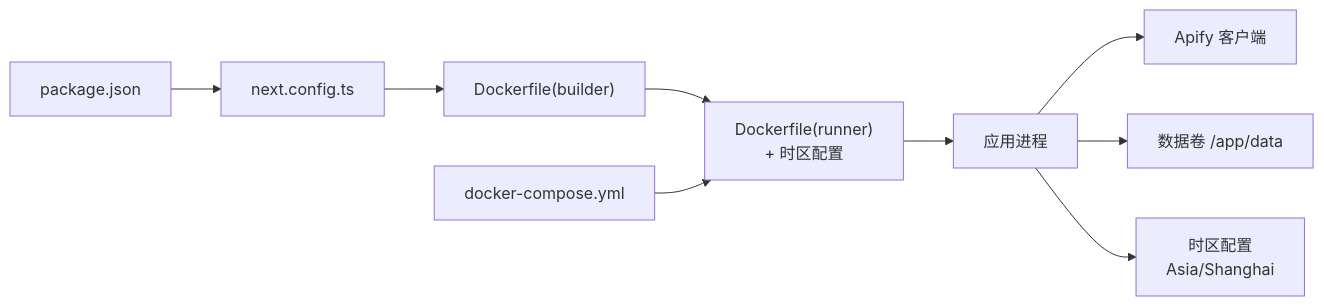
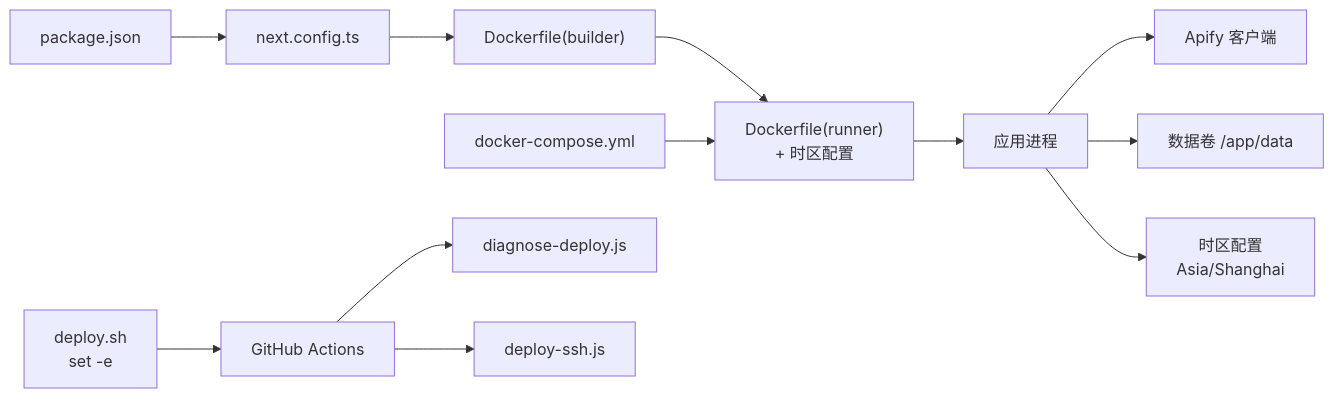
Before and after one commit to zezzezzez/reddit: the sixth of 6 diagrams in .qoder/repowiki/zh/content/部署指南/容器化部署.md, drawn with Mermaid. The commit also changed other lines of this file and 21 other files, not shown here.

````diff
--- a/.qoder/repowiki/zh/content/部署指南/容器化部署.md
+++ b/.qoder/repowiki/zh/content/部署指南/容器化部署.md
@@ -281,11 +332,14 @@
 ```mermaid
 graph LR
 PJ["package.json"] --> NC["next.config.ts"]
 NC --> DF["Dockerfile(builder)"]
 DF --> DR["Dockerfile(runner)<br/>+ 时区配置"]
 DC["docker-compose.yml"] --> DR
 DR --> APP["应用进程"]
 APP --> AP["Apify 客户端"]
 APP --> VOL["数据卷 /app/data"]
 APP --> TZ["时区配置<br/>Asia/Shanghai"]
+DD["deploy.sh<br/>set -e"] --> DA["GitHub Actions"]
+DA --> DDJ["diagnose-deploy.js"]
+DA --> DSJ["deploy-ssh.js"]
 ```
````
